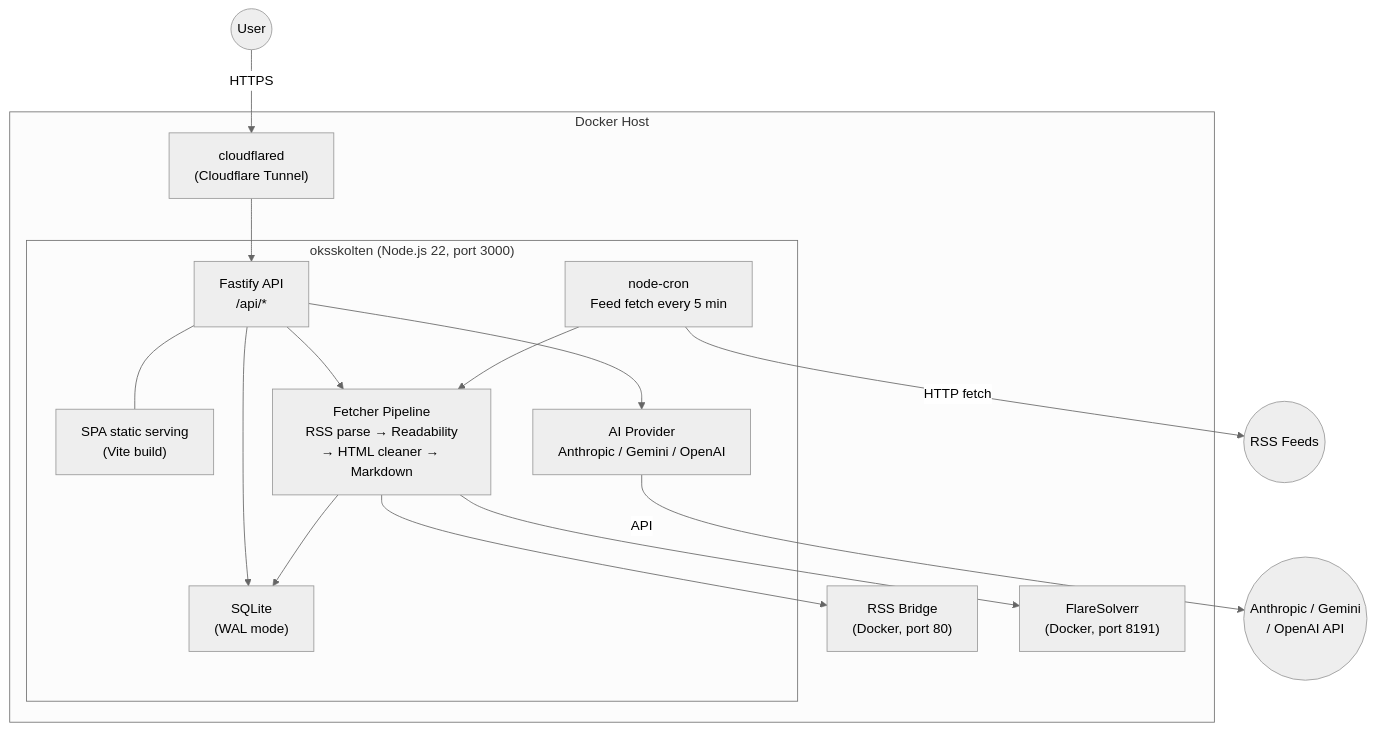
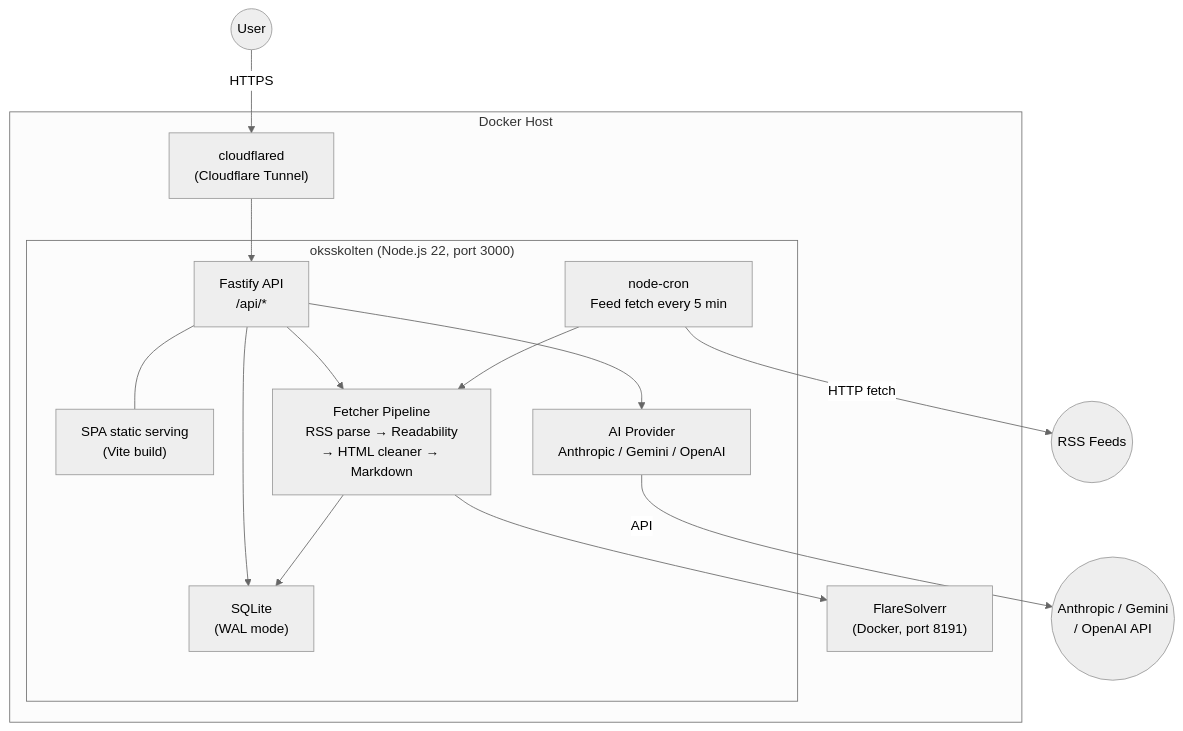
One commit to leeclissett/oksskolten changed the diagram in README.md. Above: the diagram before and after it, drawn with Mermaid (neutral theme). The commit also changed other lines of this file and 20 other files, not shown here.

First line of the commit message:
strip: C — remove RSS-Bridge and the CSS-selector bridge (#28)

````diff
--- a/README.md
+++ b/README.md
@@ -82,31 +82,29 @@
 ```mermaid
 graph TD
     subgraph host["Docker Host"]
         subgraph app["oksskolten (Node.js 22, port 3000)"]
             fastify["Fastify API<br/>/api/*"]
             spa["SPA static serving<br/>(Vite build)"]
             sqlite["SQLite<br/>(WAL mode)"]
             cron["node-cron<br/>Feed fetch every 5 min"]
             fetcher["Fetcher Pipeline<br/>RSS parse → Readability<br/>→ HTML cleaner → Markdown"]
             ai["AI Provider<br/>Anthropic / Gemini / OpenAI"]
 
             fastify --> sqlite
             fastify --- spa
             fastify --> fetcher
             fastify --> ai
             cron --> fetcher
             fetcher --> sqlite
         end
 
-        bridge["RSS Bridge<br/>(Docker, port 80)"]
         flare["FlareSolverr<br/>(Docker, port 8191)"]
         tunnel["cloudflared<br/>(Cloudflare Tunnel)"]
     end
 
     user(("User")) -- "HTTPS" --> tunnel
     tunnel --> fastify
     cron -- "HTTP fetch" --> rss(("RSS Feeds"))
-    fetcher --> bridge
     fetcher --> flare
     ai -- "API" --> llm_api(("Anthropic / Gemini<br/>/ OpenAI API"))
 ```
````
